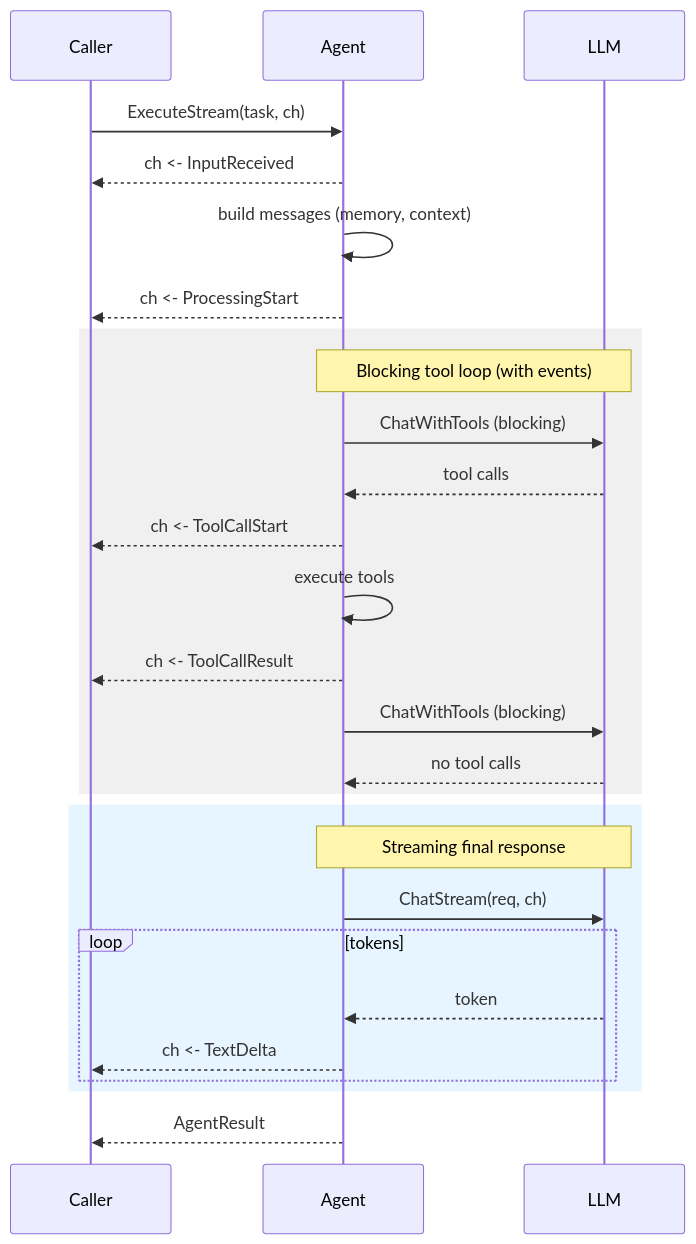
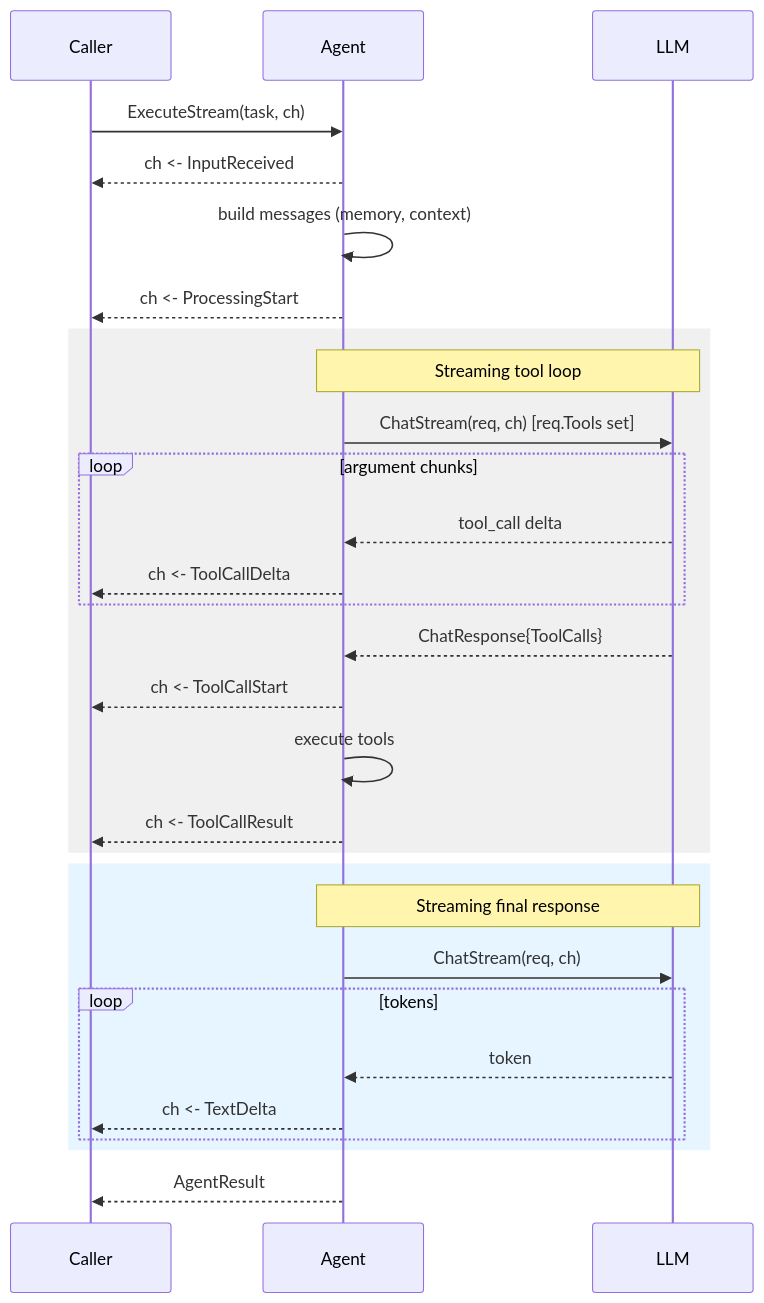
One commit to nevindra/oasis changed the diagram in docs/guides/streaming.md. Above: the diagram before and after it, drawn with Mermaid. The commit also changed other lines of this file and 35 other files, not shown here.

First line of the commit message:
feat(streaming): Provider consolidation, 6 new events, StreamingTool, workflow streaming

````diff
--- a/docs/guides/streaming.md
+++ b/docs/guides/streaming.md
@@ -68,33 +97,35 @@
 ```mermaid
 sequenceDiagram
     participant Caller
     participant Agent
     participant LLM
 
     Caller->>Agent: ExecuteStream(task, ch)
     Agent-->>Caller: ch <- InputReceived
     Agent->>Agent: build messages (memory, context)
     Agent-->>Caller: ch <- ProcessingStart
 
     rect rgb(240, 240, 240)
-        Note over Agent,LLM: Blocking tool loop (with events)
-        Agent->>LLM: ChatWithTools (blocking)
-        LLM-->>Agent: tool calls
+        Note over Agent,LLM: Streaming tool loop
+        Agent->>LLM: ChatStream(req, ch) [req.Tools set]
+        loop argument chunks
+            LLM-->>Agent: tool_call delta
+            Agent-->>Caller: ch <- ToolCallDelta
+        end
+        LLM-->>Agent: ChatResponse{ToolCalls}
         Agent-->>Caller: ch <- ToolCallStart
         Agent->>Agent: execute tools
         Agent-->>Caller: ch <- ToolCallResult
-        Agent->>LLM: ChatWithTools (blocking)
-        LLM-->>Agent: no tool calls
     end
 
     rect rgb(230, 245, 255)
         Note over Agent,LLM: Streaming final response
         Agent->>LLM: ChatStream(req, ch)
         loop tokens
             LLM-->>Agent: token
             Agent-->>Caller: ch <- TextDelta
         end
     end
 
     Agent-->>Caller: AgentResult
 ```
````
